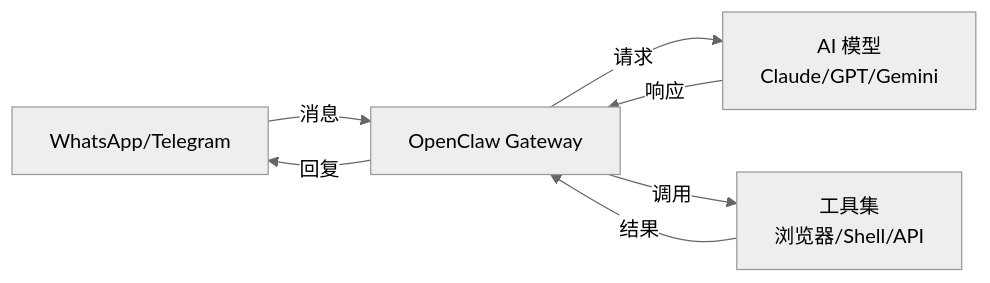
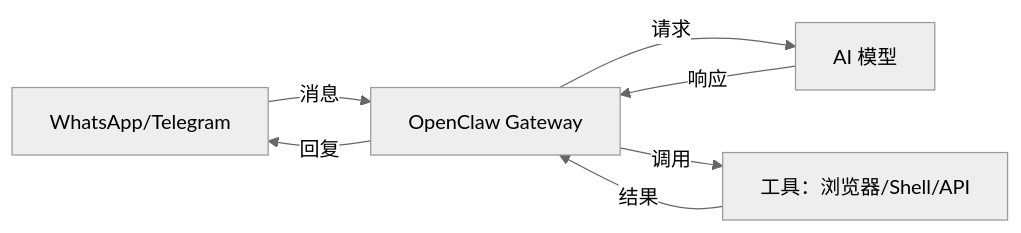
Before and after one commit to lixu33/blog: the first of 3 diagrams in docs/ai/openclaw.md, drawn with Mermaid (neutral theme). The commit also changed other lines of this file and 13 other files, not shown here.

````diff
--- a/docs/ai/openclaw.md
+++ b/docs/ai/openclaw.md
@@ -82,9 +56,9 @@
 ```mermaid
 graph LR
     A[WhatsApp/Telegram] -->|消息| B[OpenClaw Gateway]
-    B -->|请求| C[AI 模型<br/>Claude/GPT/Gemini]
+    B -->|请求| C[AI 模型]
     C -->|响应| B
-    B -->|调用| D[工具集<br/>浏览器/Shell/API]
+    B -->|调用| D[工具：浏览器/Shell/API]
     D -->|结果| B
     B -->|回复| A
 ```
````
